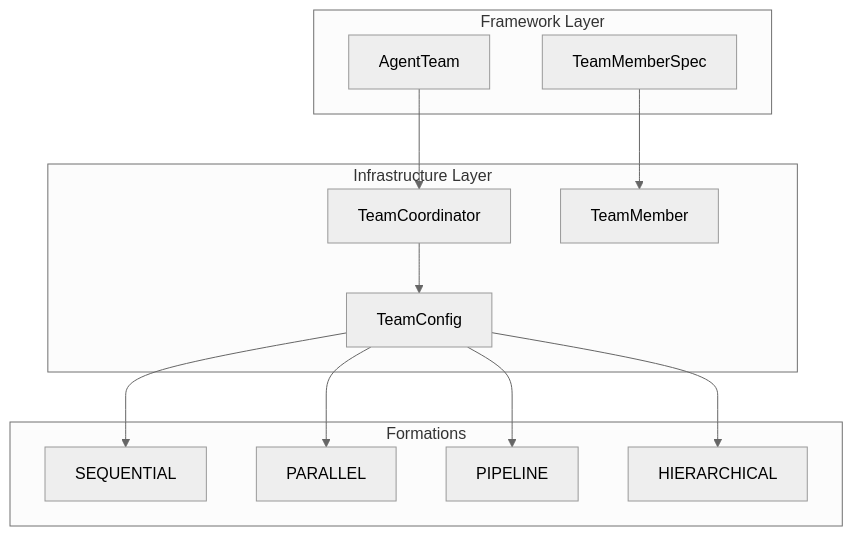
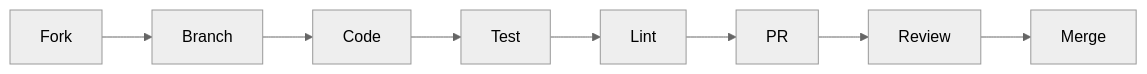
One commit to vjsingh1984/victor changed the sixth of 6 diagrams in docs/DEVELOPER_GUIDE.md. Above: the diagram before and after it, drawn with Mermaid (neutral theme). The commit also changed other lines of this file and 6 other files, not shown here.

First line of the commit message:
docs: refresh documentation with tables, diagrams, and admonitions

````diff
--- a/docs/DEVELOPER_GUIDE.md
+++ b/docs/DEVELOPER_GUIDE.md
@@ -752,28 +316,10 @@
 ```mermaid
-flowchart TD
-    subgraph "Framework Layer"
-        AgentTeam[AgentTeam]
-        TeamMemberSpec[TeamMemberSpec]
-    end
-
-    subgraph "Infrastructure Layer"
-        TeamCoordinator[TeamCoordinator]
-        TeamConfig[TeamConfig]
-        TeamMember[TeamMember]
-    end
-
-    subgraph "Formations"
-        Sequential[SEQUENTIAL]
-        Parallel[PARALLEL]
-        Pipeline[PIPELINE]
-        Hierarchical[HIERARCHICAL]
-    end
-
-    AgentTeam --> TeamCoordinator
-    TeamMemberSpec --> TeamMember
-    TeamCoordinator --> TeamConfig
-    TeamConfig --> Sequential
-    TeamConfig --> Parallel
-    TeamConfig --> Pipeline
-    TeamConfig --> Hierarchical
+graph LR
+    A[Fork] --> B[Branch]
+    B --> C[Code]
+    C --> D[Test]
+    D --> E[Lint]
+    E --> F[PR]
+    F --> G[Review]
+    G --> H[Merge]
 ```
````
